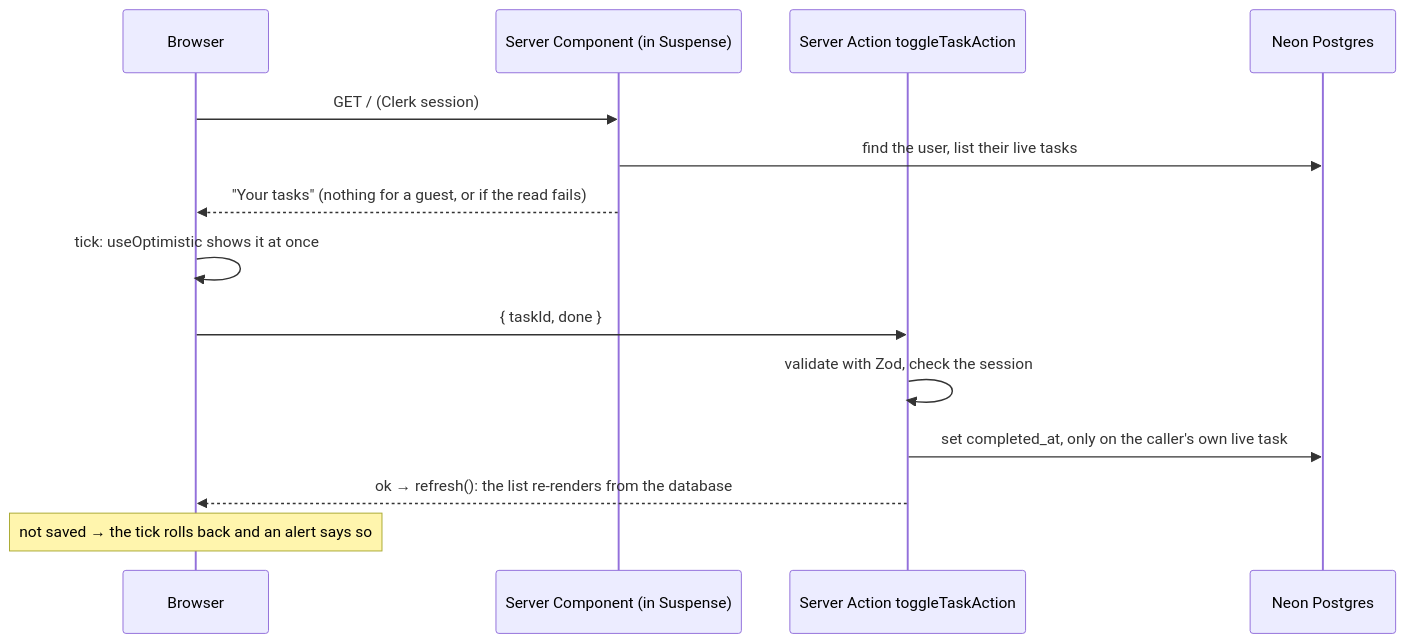
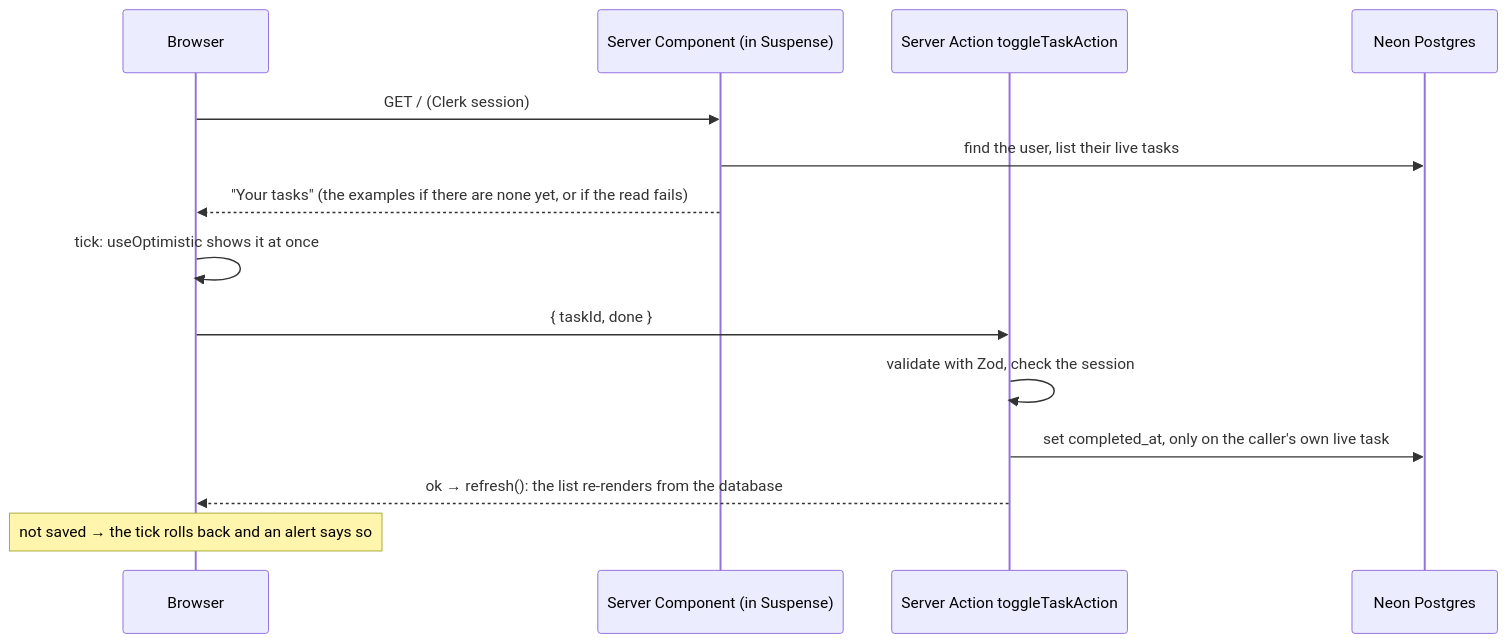
The second of 2 diagrams in README.md (toksana/morph-flow), drawn with Mermaid before and after one commit. The commit also changed other lines of this file and 11 other files, not shown here.

````diff
--- a/README.md
+++ b/README.md
@@ -87,17 +89,17 @@
 ```mermaid
 sequenceDiagram
   participant UI as Browser
   participant RSC as Server Component (in Suspense)
   participant SA as Server Action toggleTaskAction
   participant DB as Neon Postgres
 
   UI->>RSC: GET / (Clerk session)
   RSC->>DB: find the user, list their live tasks
-  RSC-->>UI: "Your tasks" (nothing for a guest, or if the read fails)
+  RSC-->>UI: "Your tasks" (the examples if there are none yet, or if the read fails)
   UI->>UI: tick: useOptimistic shows it at once
   UI->>SA: { taskId, done }
   SA->>SA: validate with Zod, check the session
   SA->>DB: set completed_at, only on the caller's own live task
   SA-->>UI: ok → refresh(): the list re-renders from the database
   Note over UI: not saved → the tick rolls back and an alert says so
 ```
````
